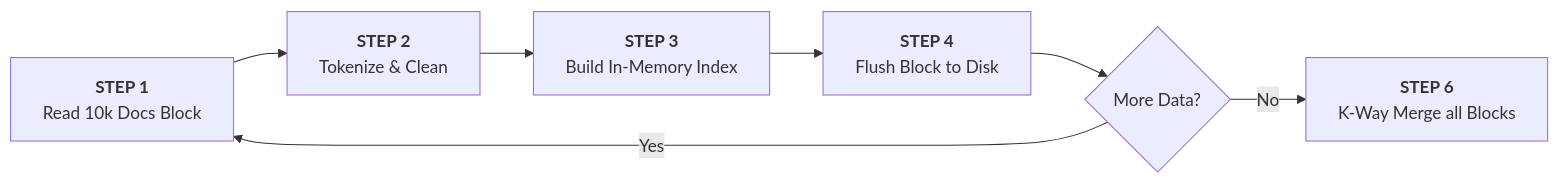
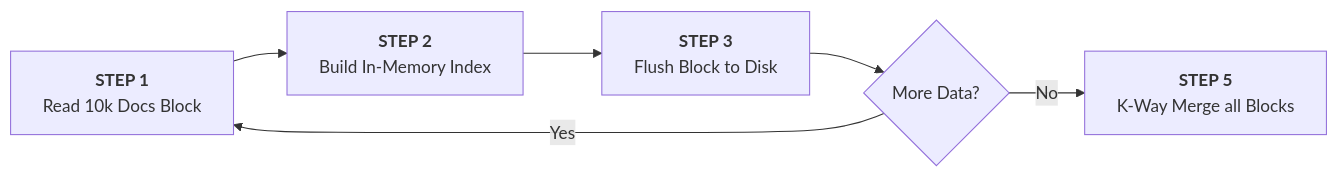
The second of 4 diagrams in docs/Milestone2_Report.md (phap-bot/SEG301_Project), drawn with Mermaid before and after one commit. The commit also changed other lines of this file, not shown here.

Commit message:
Refine report: remove colors, simplify flowcharts, and add BM25 formulas

````diff
--- a/docs/Milestone2_Report.md
+++ b/docs/Milestone2_Report.md
@@ -26,11 +26,10 @@
 ```mermaid
 flowchart LR
     Step1[<b>STEP 1</b><br/>Read 10k Docs Block] --> 
-    Step2[<b>STEP 2</b><br/>Tokenize & Clean] --> 
-    Step3[<b>STEP 3</b><br/>Build In-Memory Index] --> 
-    Step4[<b>STEP 4</b><br/>Flush Block to Disk] --> 
-    Step5{More Data?}
+    Step2[<b>STEP 2</b><br/>Build In-Memory Index] --> 
+    Step3[<b>STEP 3</b><br/>Flush Block to Disk] --> 
+    Step4{More Data?}
     
-    Step5 -- Yes --> Step1
-    Step5 -- No --> Step6[<b>STEP 6</b><br/>K-Way Merge all Blocks]
+    Step4 -- Yes --> Step1
+    Step4 -- No --> Step5[<b>STEP 5</b><br/>K-Way Merge all Blocks]
 ```
````
